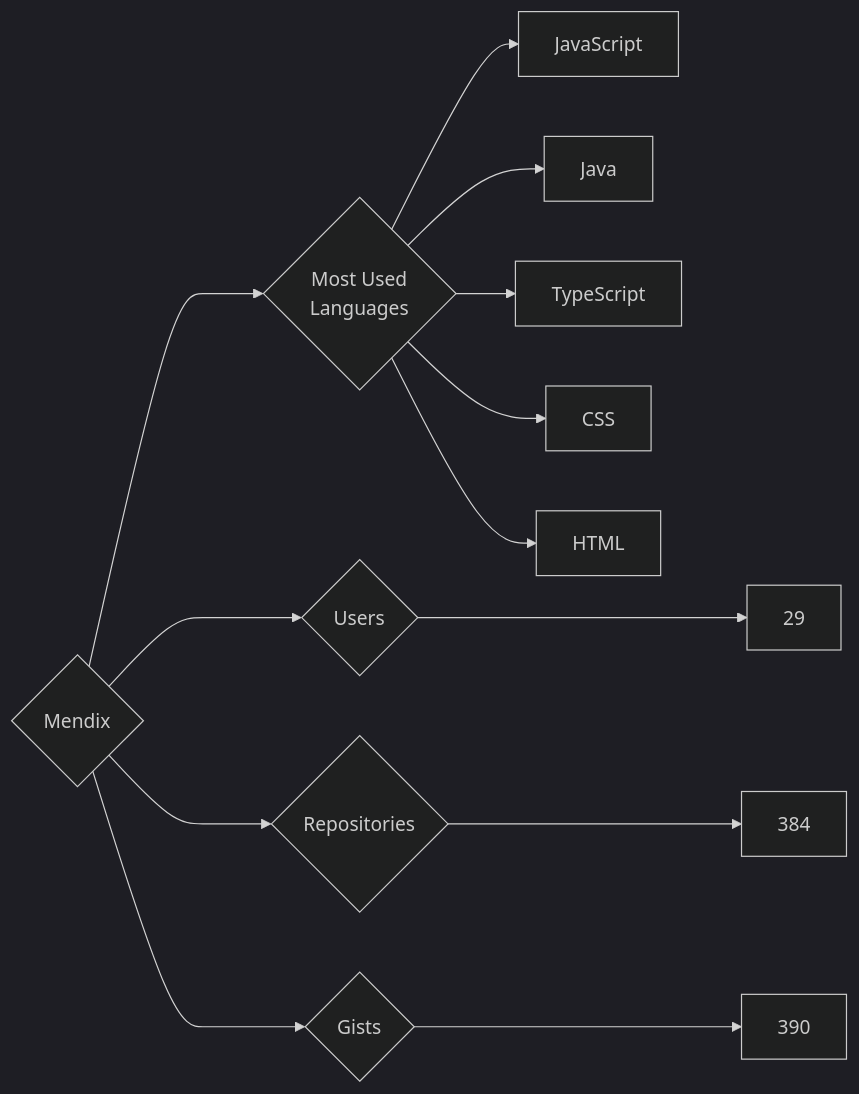
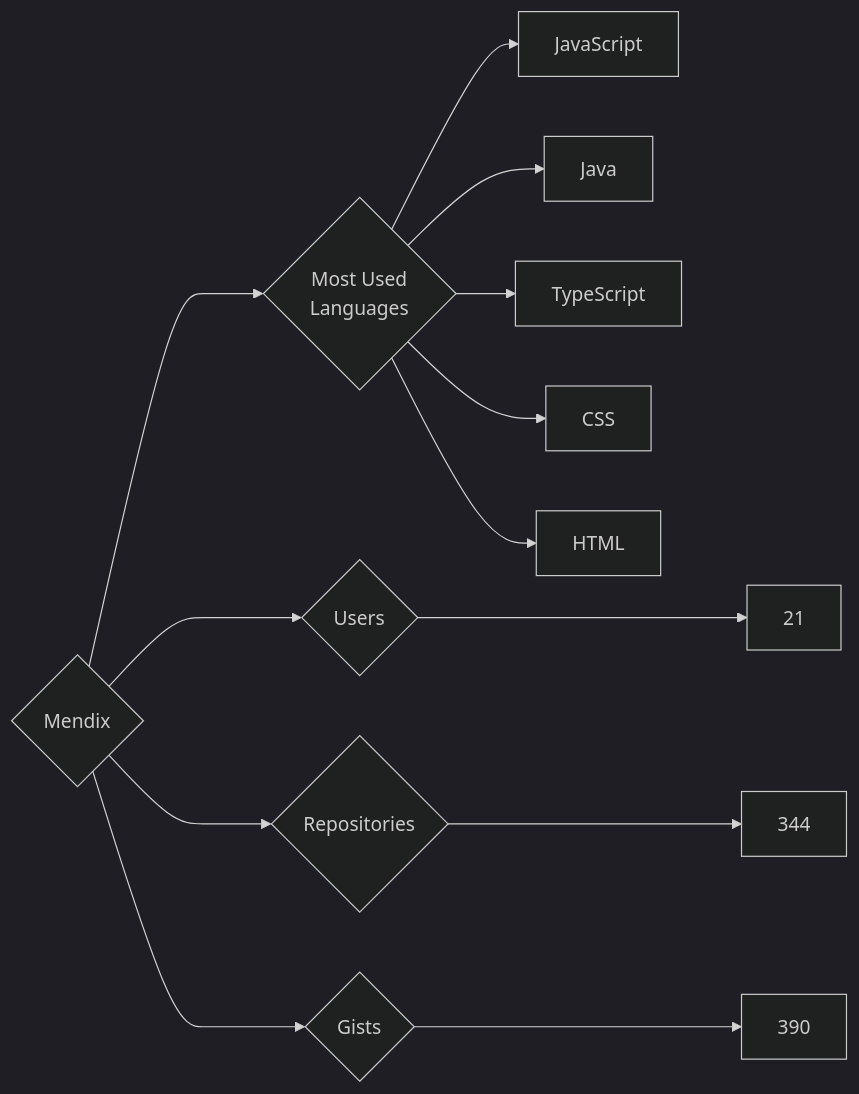
One commit to trickest/insiders changed the diagram in targets/Mendix/README.md. Above: the diagram before and after it, drawn with Mermaid (dark theme). The commit also changed 823 other files, not shown here.

````diff
--- a/targets/Mendix/README.md
+++ b/targets/Mendix/README.md
@@ -3,13 +3,13 @@
 ```mermaid
 graph LR
 COMPANY_NAME{Mendix}
-COMPANY_NAME ---> U{Users} ---> UN[29]
-COMPANY_NAME ---> R{Repositories} ---> RN[384]
+COMPANY_NAME ---> U{Users} ---> UN[21]
+COMPANY_NAME ---> R{Repositories} ---> RN[344]
 COMPANY_NAME ---> G{Gists} ---> GN[390]
 COMPANY_NAME ---> ML{Most Used<br>Languages}
 ML --> JavaScript[JavaScript]
 ML --> Java[Java]
 ML --> TypeScript[TypeScript]
 ML --> CSS[CSS]
 ML --> HTML[HTML]
 ```
````
